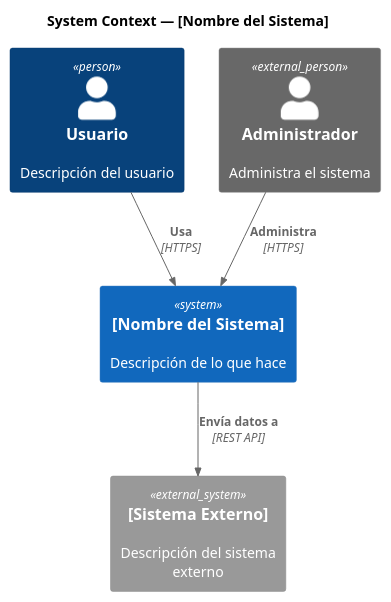
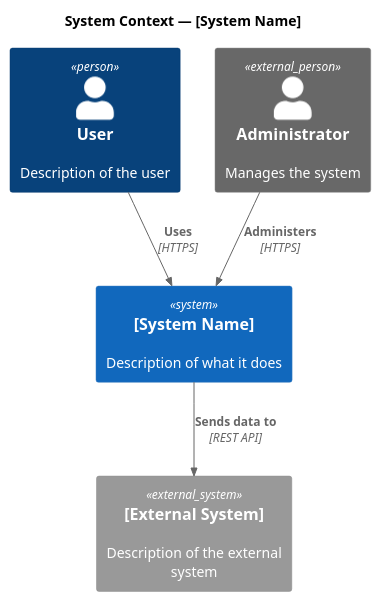
Before and after one commit to jesusarielgb-works/microservices-governance-framework: the first of 4 diagrams in 08-uml/diagram-index.md, drawn with PlantUML. The commit also changed other lines of this file and 83 other files, not shown here.

First line of the commit message:
docs: translate all content to English + add SVG diagrams

````diff
--- a/08-uml/diagram-index.md
+++ b/08-uml/diagram-index.md
@@ -76,19 +76,19 @@
 ```plantuml
 @startuml C4-Context
 !include https://raw.githubusercontent.com/plantuml-stdlib/C4-PlantUML/master/C4_Context.puml
 
-title System Context — [Nombre del Sistema]
+title System Context — [System Name]
 
-Person(usuario, "Usuario", "Descripción del usuario")
-Person_Ext(admin, "Administrador", "Administra el sistema")
+Person(user, "User", "Description of the user")
+Person_Ext(admin, "Administrator", "Manages the system")
 
-System(sistema, "[Nombre del Sistema]", "Descripción de lo que hace")
+System(system, "[System Name]", "Description of what it does")
 
-System_Ext(sistemaExterno, "[Sistema Externo]", "Descripción del sistema externo")
+System_Ext(externalSystem, "[External System]", "Description of the external system")
 
-Rel(usuario, sistema, "Usa", "HTTPS")
-Rel(admin, sistema, "Administra", "HTTPS")
-Rel(sistema, sistemaExterno, "Envía datos a", "REST API")
+Rel(user, system, "Uses", "HTTPS")
+Rel(admin, system, "Administers", "HTTPS")
+Rel(system, externalSystem, "Sends data to", "REST API")
 
 @enduml
 ```
````
